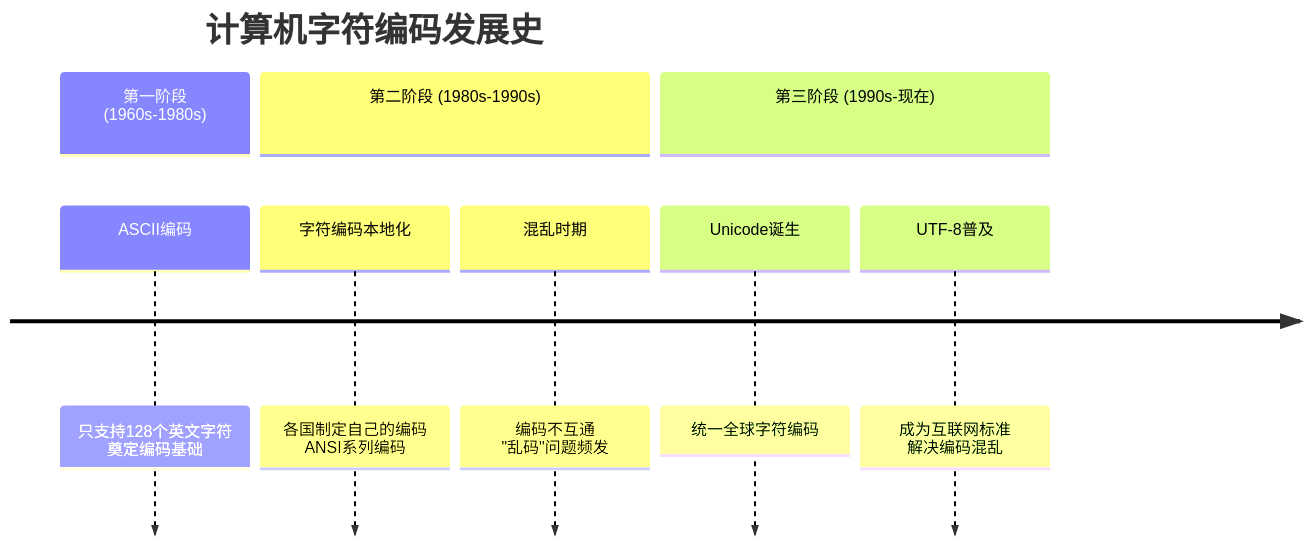
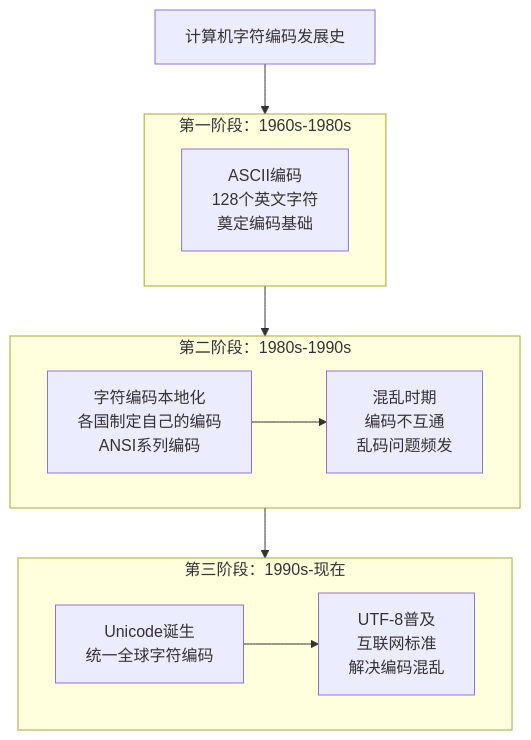
The first of 7 diagrams in docs/data/文件/文本文件.rst (wuqi/GIS-Career-Entry-Guide), drawn with Mermaid before and after one commit. The commit also changed other lines of this file, not shown here.

```diff
--- a/docs/data/文件/文本文件.rst
+++ b/docs/data/文件/文本文件.rst
@@ -266,12 +266,24 @@
 .. mermaid::
 
-   timeline
-        title 计算机字符编码发展史
-        section 第一阶段 (1960s-1980s)
-            ASCII编码 : 只支持128个英文字符<br>奠定编码基础
-        section 第二阶段 (1980s-1990s)
-            字符编码本地化 : 各国制定自己的编码<br>ANSI系列编码
-            混乱时期 : 编码不互通<br>"乱码"问题频发
-        section 第三阶段 (1990s-现在)
-            Unicode诞生 : 统一全球字符编码
-            UTF-8普及 : 成为互联网标准<br>解决编码混乱
+   flowchart TD
+      A[计算机字符编码发展史] --> B
+      
+      subgraph B[第一阶段：1960s-1980s]
+         B1[ASCII编码<br>128个英文字符<br>奠定编码基础]
+      end
+      
+      B --> C
+      
+      subgraph C[第二阶段：1980s-1990s]
+         C1[字符编码本地化<br>各国制定自己的编码<br>ANSI系列编码]
+         C2[混乱时期<br>编码不互通<br>乱码问题频发]
+         C1 --> C2
+      end
+      
+      C --> D
+      
+      subgraph D[第三阶段：1990s-现在]
+         D1[Unicode诞生<br>统一全球字符编码]
+         D2[UTF-8普及<br>互联网标准<br>解决编码混乱]
+         D1 --> D2
+      end
```
